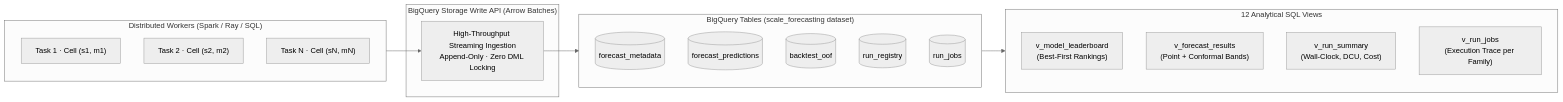
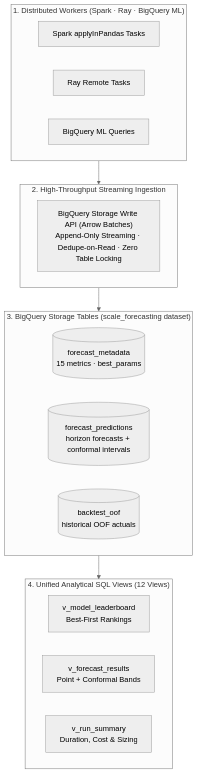
One commit to statmike/scale-forecasting changed the third of 6 diagrams in README.md. Above: the diagram before and after it, drawn with Mermaid (neutral theme). The commit also changed other lines of this file, not shown here.

Commit message:
docs: reshape Ways to Run and Telemetry Mermaid diagrams to vertical layout and expand cluster sizing estimation details

````diff
--- a/README.md
+++ b/README.md
@@ -361,29 +376,30 @@
 ```mermaid
-flowchart LR
-    subgraph Workers["Distributed Workers (Spark / Ray / SQL)"]
-        W1["Task 1 · Cell (s1, m1)"]
-        W2["Task 2 · Cell (s2, m2)"]
-        WN["Task N · Cell (sN, mN)"]
+flowchart TD
+    subgraph Workers["1. Distributed Workers (Spark · Ray · BigQuery ML)"]
+        direction LR
+        W1["Spark applyInPandas Tasks"]
+        W2["Ray Remote Tasks"]
+        W3["BigQuery ML Queries"]
     end
 
-    subgraph WriteAPI["BigQuery Storage Write API (Arrow Batches)"]
-        Stream["High-Throughput Streaming Ingestion<br/>Append-Only · Zero DML Locking"]
+    subgraph Ingest["2. High-Throughput Streaming Ingestion"]
+        direction LR
+        Stream["BigQuery Storage Write API (Arrow Batches)<br/>Append-Only Streaming · Dedupe-on-Read · Zero Table Locking"]
     end
 
-    subgraph Tables["BigQuery Tables (scale_forecasting dataset)"]
-        T1[("forecast_metadata")]
-        T2[("forecast_predictions")]
-        T3[("backtest_oof")]
-        T4[("run_registry")]
-        T5[("run_jobs")]
+    subgraph Tables["3. BigQuery Storage Tables (scale_forecasting dataset)"]
+        direction LR
+        T1[("forecast_metadata<br/>15 metrics · best_params")]
+        T2[("forecast_predictions<br/>horizon forecasts + conformal intervals")]
+        T3[("backtest_oof<br/>historical OOF actuals")]
     end
 
-    subgraph Views["12 Analytical SQL Views"]
-        V1["v_model_leaderboard<br/>(Best-First Rankings)"]
-        V2["v_forecast_results<br/>(Point + Conformal Bands)"]
-        V3["v_run_summary<br/>(Wall-Clock, DCU, Cost)"]
-        V4["v_run_jobs<br/>(Execution Trace per Family)"]
+    subgraph Views["4. Unified Analytical SQL Views (12 Views)"]
+        direction LR
+        V1["v_model_leaderboard<br/>Best-First Rankings"]
+        V2["v_forecast_results<br/>Point + Conformal Bands"]
+        V3["v_run_summary<br/>Duration, Cost & Sizing"]
     end
 
-    Workers --> Stream --> Tables --> Views
+    Workers --> Ingest --> Tables --> Views
 ```
````
